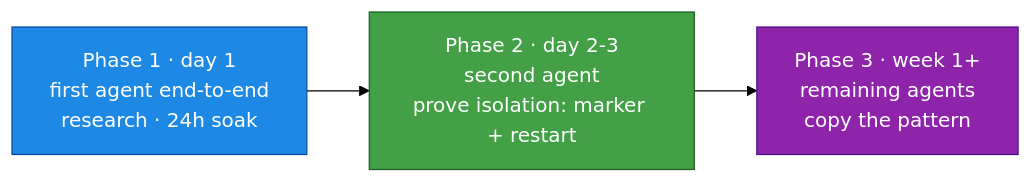
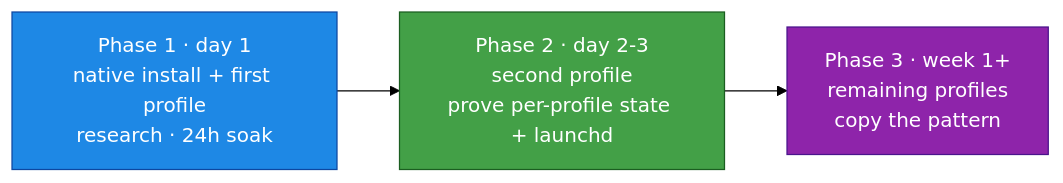
The diagram in docs/05-deployment.md (mpolatcan/hermes-setup), drawn with Mermaid (forest theme) before and after one commit. The commit also changed other lines of this file and 14 other files, not shown here.

First line of the commit message:
Rewrite plan: native single-Mini architecture + Turkish studio crew

````diff
--- a/docs/05-deployment.md
+++ b/docs/05-deployment.md
@@ -7,8 +7,8 @@
 ```mermaid
 flowchart LR
-    P1["Phase 1 · day 1<br/>first agent end-to-end<br/>research · 24h soak"]:::p1 --> P2["Phase 2 · day 2-3<br/>second agent<br/>prove isolation: marker + restart"]:::p2
-    P2 --> P3["Phase 3 · week 1+<br/>remaining agents<br/>copy the pattern"]:::p3
+    P1["Phase 1 · day 1<br/>native install + first profile<br/>research · 24h soak"]:::p1 --> P2["Phase 2 · day 2-3<br/>second profile<br/>prove per-profile state + launchd"]:::p2
+    P2 --> P3["Phase 3 · week 1+<br/>remaining profiles<br/>copy the pattern"]:::p3
     classDef p1 fill:#1E88E5,stroke:#0D47A1,color:#fff
     classDef p2 fill:#43A047,stroke:#1B5E20,color:#fff
     classDef p3 fill:#8E24AA,stroke:#4A148C,color:#fff
 ```
````
